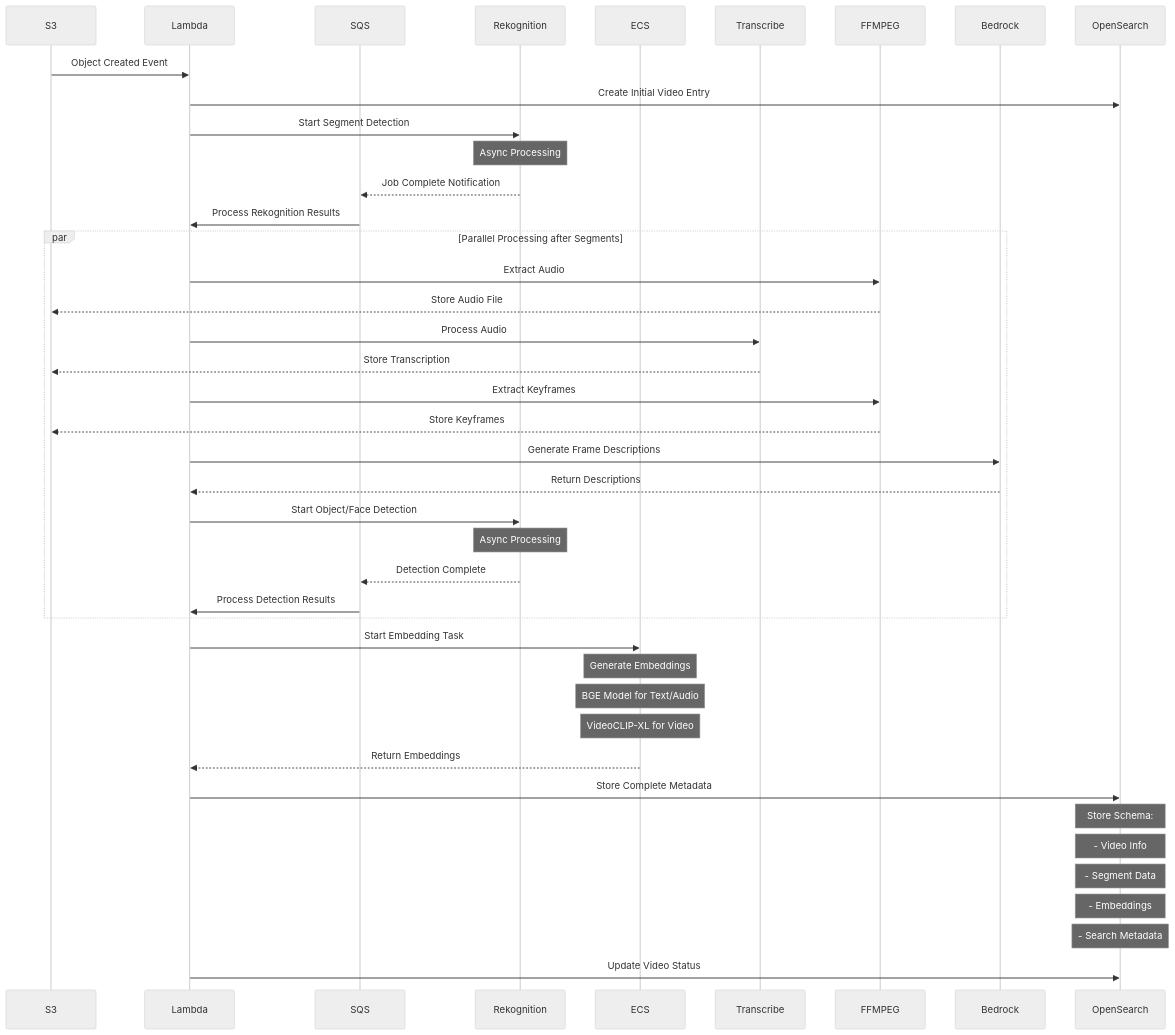
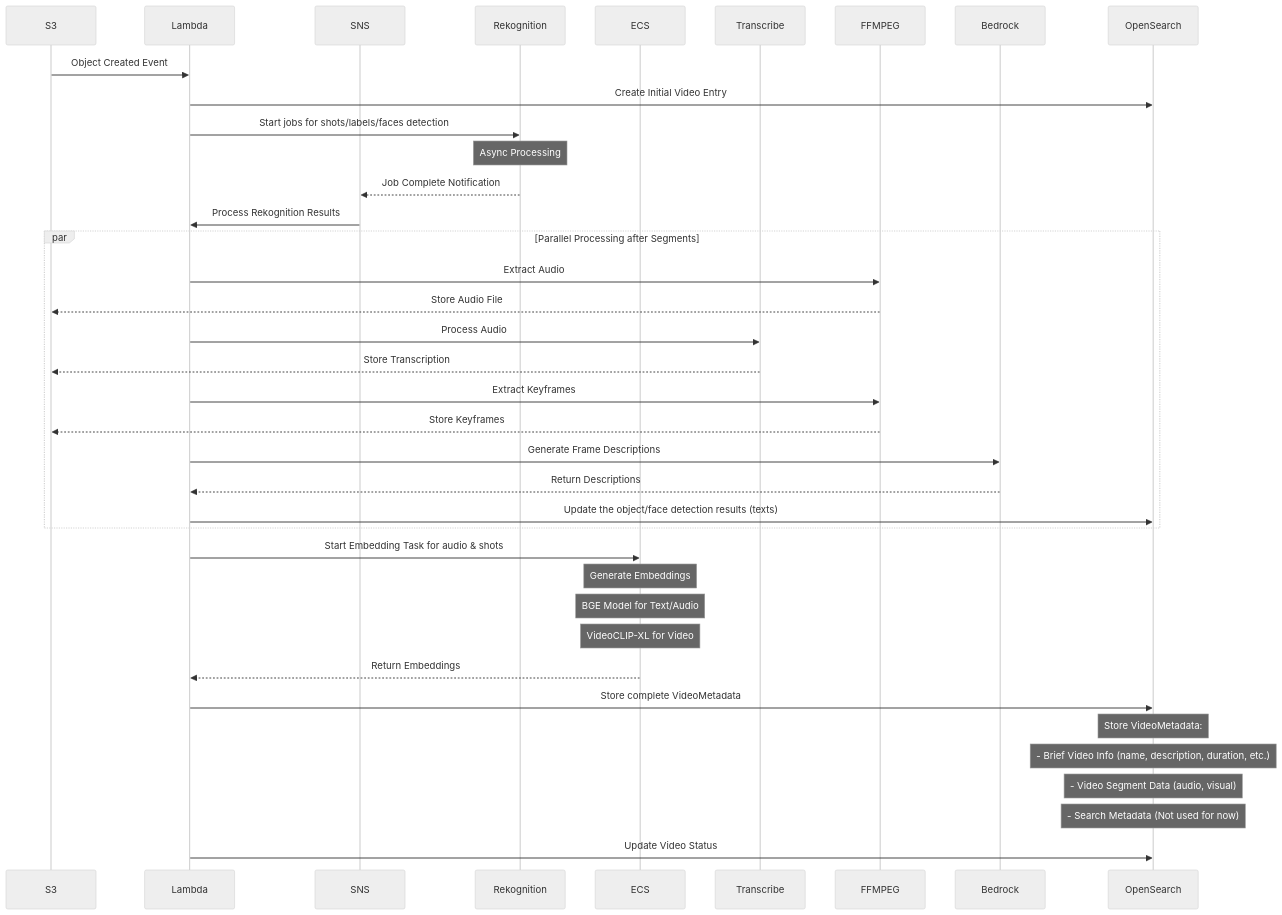
The second of 5 diagrams in README.md (yike5460/shortvideo-online), drawn with Mermaid (neutral theme) before and after one commit. The commit also changed other lines of this file and 3 other files, not shown here.

````diff
--- a/README.md
+++ b/README.md
@@ -388,59 +317,56 @@
 ```mermaid
 sequenceDiagram
     participant S3
     participant Lambda
-    participant SQS
+    participant SNS
     participant Rekognition
     participant ECS
     participant Transcribe
     participant FFMPEG
     participant Bedrock
     participant OpenSearch
 
     %% Initial S3 Event Trigger
     S3->>Lambda: Object Created Event
     Lambda->>OpenSearch: Create Initial Video Entry
     
     %% Start Rekognition Jobs
-    Lambda->>Rekognition: Start Segment Detection
+    Lambda->>Rekognition: Start jobs for shots/labels/faces detection
     Note over Rekognition: Async Processing
-    Rekognition-->>SQS: Job Complete Notification
-    SQS->>Lambda: Process Rekognition Results
+    Rekognition-->>SNS: Job Complete Notification
+    SNS->>Lambda: Process Rekognition Results
     
+    %% Parallel Processing after Segments
     par Parallel Processing after Segments
-        %% Audio Processing
+        %% Audio Processing (FFMPEG + Transcribe)
         Lambda->>FFMPEG: Extract Audio
         FFMPEG-->>S3: Store Audio File
         Lambda->>Transcribe: Process Audio
         Transcribe-->>S3: Store Transcription
         
-        %% Visual Processing
+        %% Visual Processing for keyframes and description (FFMPEG + Bedrock)
         Lambda->>FFMPEG: Extract Keyframes
         FFMPEG-->>S3: Store Keyframes
         Lambda->>Bedrock: Generate Frame Descriptions
         Bedrock-->>Lambda: Return Descriptions
         
-        %% Object & Face Detection
-        Lambda->>Rekognition: Start Object/Face Detection
-        Note over Rekognition: Async Processing
-        Rekognition-->>SQS: Detection Complete
-        SQS->>Lambda: Process Detection Results
+        %% Visual Processing for shots & object & face detection (Rekognition)
+        Lambda->>OpenSearch: Update the object/face detection results (texts)
     end
 
     %% Embedding Generation
-    Lambda->>ECS: Start Embedding Task
+    Lambda->>ECS: Start Embedding Task for audio & shots
     Note over ECS: Generate Embeddings
         note over ECS: BGE Model for Text/Audio
         note over ECS: VideoCLIP-XL for Video
     ECS-->>Lambda: Return Embeddings
     
     %% Final Processing
-    Lambda->>OpenSearch: Store Complete Metadata
-        note over OpenSearch: Store Schema:
-        note over OpenSearch: - Video Info
-        note over OpenSearch: - Segment Data
-        note over OpenSearch: - Embeddings
-        note over OpenSearch: - Search Metadata
+    Lambda->>OpenSearch: Store complete VideoMetadata
+        note over OpenSearch: Store VideoMetadata:
+        note over OpenSearch: - Brief Video Info (name, description, duration, etc.)
+        note over OpenSearch: - Video Segment Data (audio, visual)
+        note over OpenSearch: - Search Metadata (Not used for now)
     
     Lambda->>OpenSearch: Update Video Status
 ```
````
